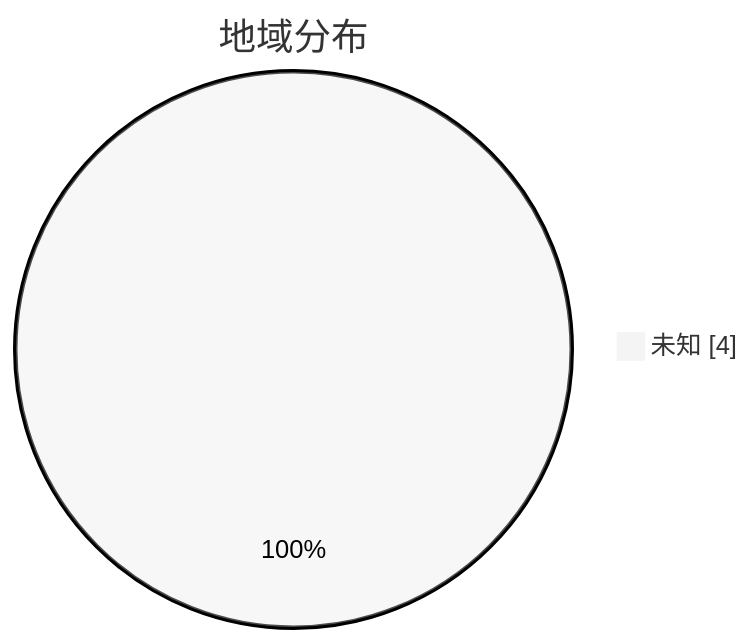
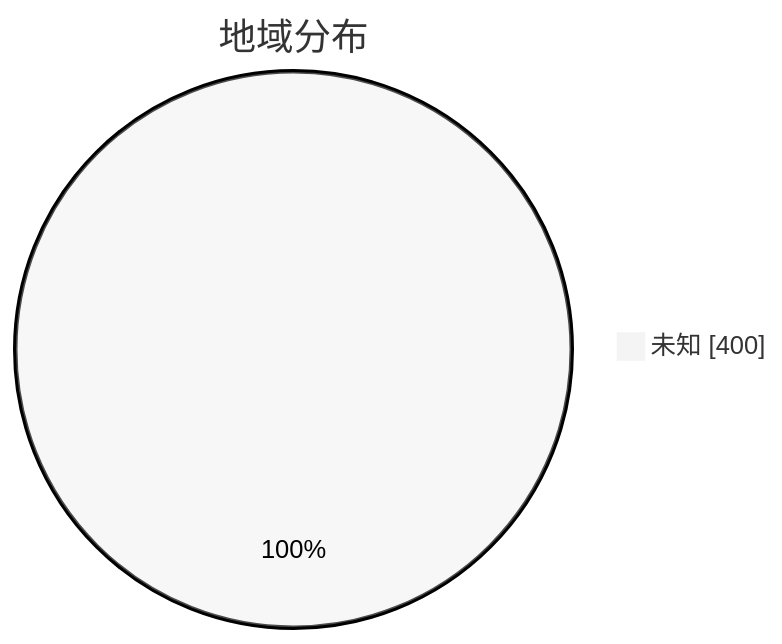
Before and after one commit to qjlxg/airport: the second of 3 diagrams in subs/statistics/tested_within.md, drawn with Mermaid (neutral theme). The commit also changed other lines of this file and 2 other files, not shown here.

````diff
--- a/subs/statistics/tested_within.md
+++ b/subs/statistics/tested_within.md
@@ -8,5 +14,5 @@
 ```mermaid
 pie showData
 title 地域分布
-"未知" : 4
+"未知" : 400
 ```
````
